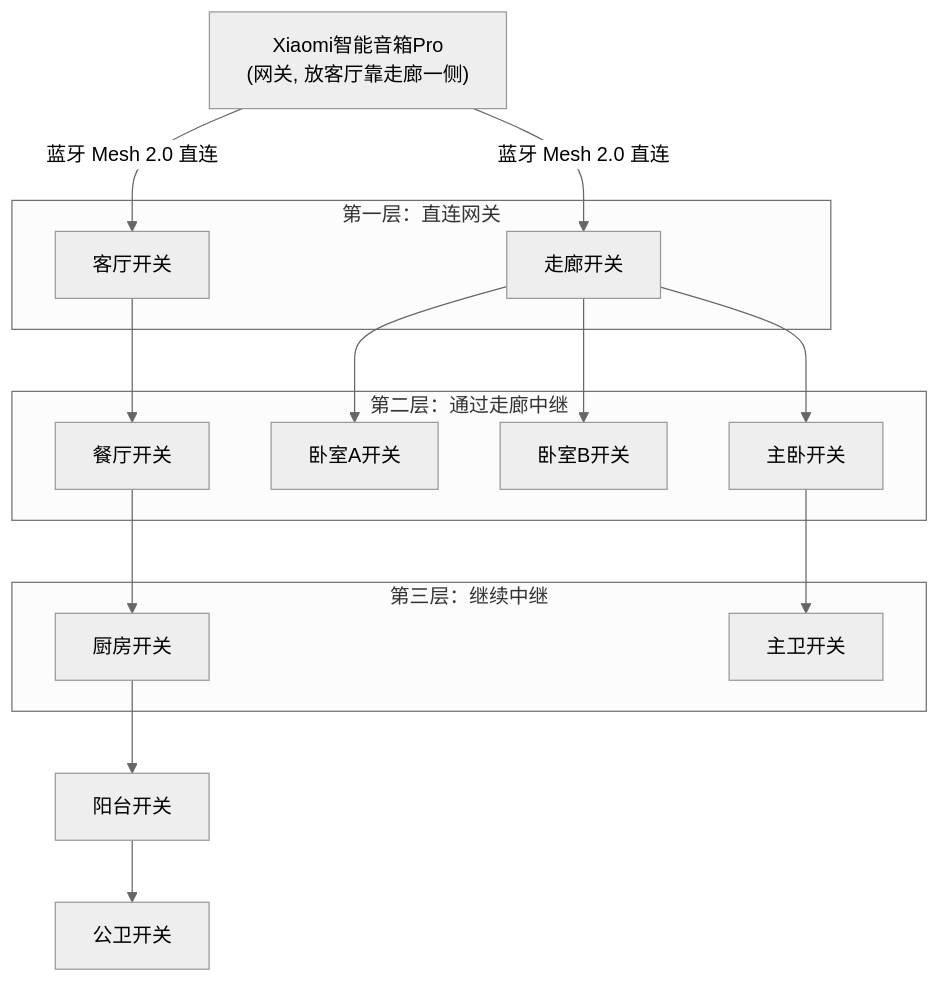
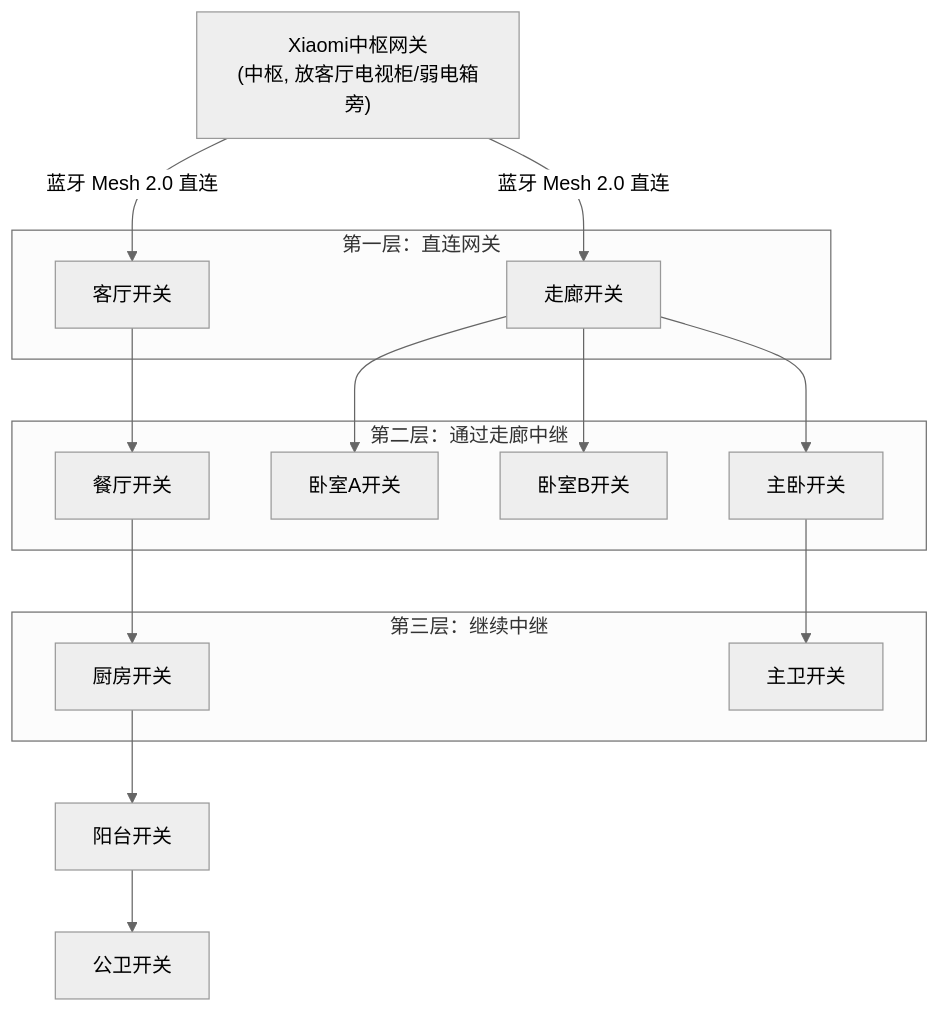
Before and after one commit to csh1314/home-smart: the second of 4 diagrams in docs/01-architecture.md, drawn with Mermaid (neutral theme). The commit also changed other lines of this file and 1 other file, not shown here.

````diff
--- a/docs/01-architecture.md
+++ b/docs/01-architecture.md
@@ -46,35 +49,35 @@
 ```mermaid
 graph TD
-    GW["Xiaomi智能音箱Pro<br/>(网关, 放客厅靠走廊一侧)"]
+    GW["Xiaomi中枢网关<br/>(中枢, 放客厅电视柜/弱电箱旁)"]
 
     GW -- "蓝牙 Mesh 2.0 直连" --> LR["客厅开关"]
     GW -- "蓝牙 Mesh 2.0 直连" --> HL["走廊开关"]
 
     subgraph L1["第一层：直连网关"]
         LR
         HL
     end
 
     LR --> DR["餐厅开关"]
     HL --> BRA["卧室A开关"]
     HL --> BRB["卧室B开关"]
     HL --> MBR["主卧开关"]
 
     subgraph L2["第二层：通过走廊中继"]
         DR
         BRA
         BRB
         MBR
     end
 
     DR --> KT["厨房开关"]
     MBR --> MBath["主卫开关"]
 
     subgraph L3["第三层：继续中继"]
         KT
         MBath
     end
 
     KT --> BL["阳台开关"]
     BL --> PBath["公卫开关"]
 ```
````
